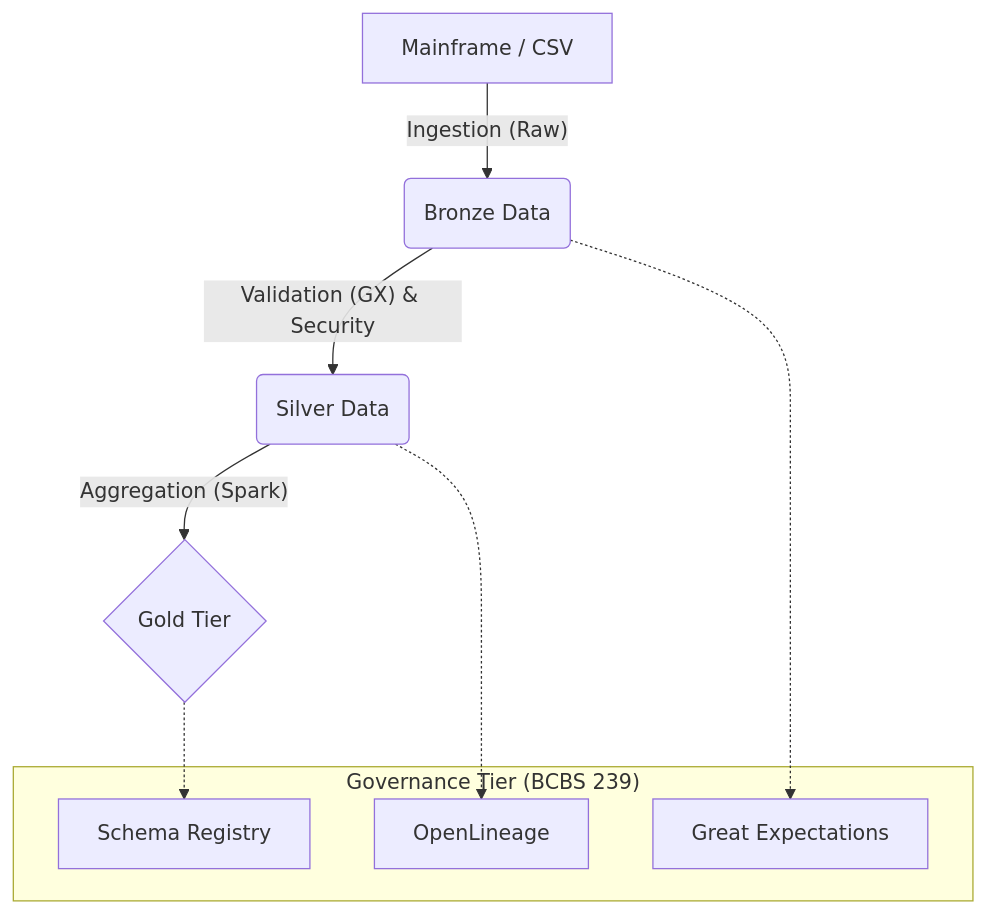
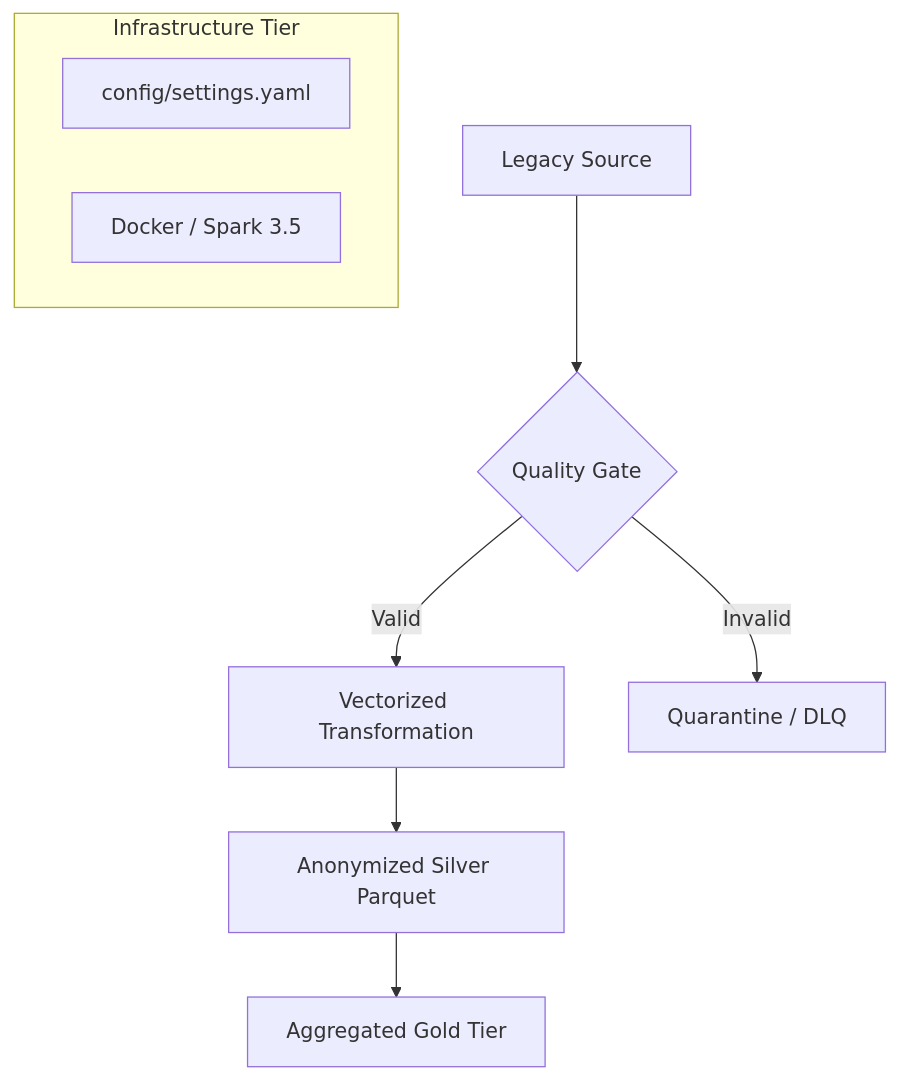
The diagram in README.md (vaskiax/banking-migration-mock), drawn with Mermaid before and after one commit. The commit also changed other lines of this file and 10 other files, not shown here.

Commit message:
feat: Introduce Spark-based data pipeline with PII security, data quality, and centralized configuration, supported by containerized deployment.

````diff
--- a/README.md
+++ b/README.md
@@ -9,16 +15,13 @@
 ```mermaid
 graph TD
-    A[Mainframe / CSV] -- "Ingestion (Raw)" --> B(Bronze Data)
-    B -- "Validation (GX) & Security" --> C(Silver Data)
-    C -- "Aggregation (Spark)" --> D{Gold Tier}
+    A[Legacy Source] --> B{Quality Gate}
+    B -- "Valid" --> C[Vectorized Transformation]
+    B -- "Invalid" --> D[Quarantine / DLQ]
+    C --> E[Anonymized Silver Parquet]
+    E --> F[Aggregated Gold Tier]
     
-    subgraph "Governance Tier (BCBS 239)"
-        E[OpenLineage]
-        F[Great Expectations]
-        G[Schema Registry]
+    subgraph "Infrastructure Tier"
+        G[config/settings.yaml]
+        H[Docker / Spark 3.5]
     end
-    
-    B -.-> F
-    C -.-> E
-    D -.-> G
 ```
````
